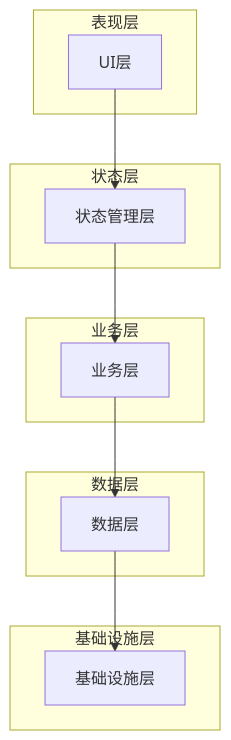
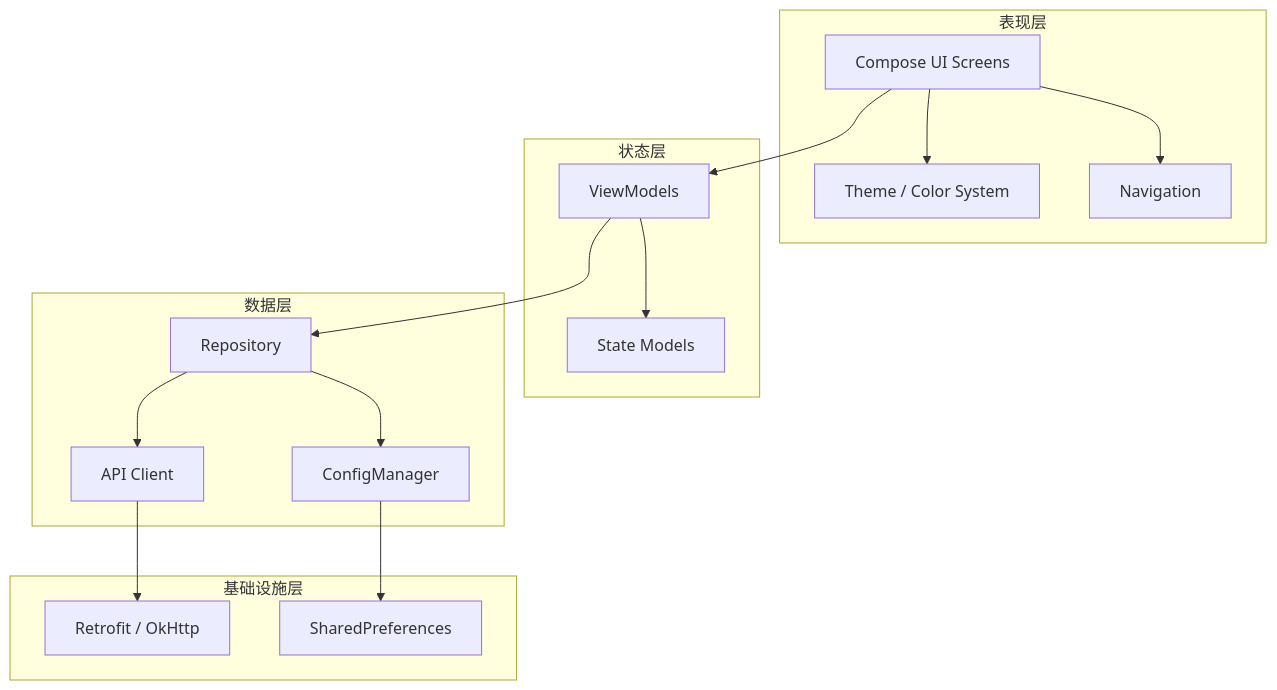
The second of 6 diagrams in frontend/Android/docs/architecture.md (yu086868-ui/iStudySpot), drawn with Mermaid before and after one commit. The commit also changed other lines of this file and 25 other files, not shown here.

````diff
--- a/frontend/Android/docs/architecture.md
+++ b/frontend/Android/docs/architecture.md
@@ -146,28 +90,34 @@
 ```mermaid
 flowchart TB
+    subgraph 表现层
+        UI[Compose UI Screens]
+        Theme[Theme / Color System]
+        Nav[Navigation]
+    end
 
-subgraph 表现层
-UI[UI层]
-end
+    subgraph 状态层
+        VM[ViewModels]
+        State[State Models]
+    end
 
-subgraph 状态层
-State[状态管理层]
-end
+    subgraph 数据层
+        Repo[Repository]
+        API[API Client]
+        Config[ConfigManager]
+    end
 
-subgraph 业务层
-Domain[业务层]
-end
+    subgraph 基础设施层
+        Network[Retrofit / OkHttp]
+        Storage[SharedPreferences]
+    end
 
-subgraph 数据层
-Data[数据层]
-end
-
-subgraph 基础设施层
-Infra[基础设施层]
-end
-
-UI --> State
-State --> Domain
-Domain --> Data
-Data --> Infra
+    UI --> Theme
+    UI --> Nav
+    UI --> VM
+    VM --> State
+    VM --> Repo
+    Repo --> API
+    Repo --> Config
+    API --> Network
+    Config --> Storage
 ```
````
